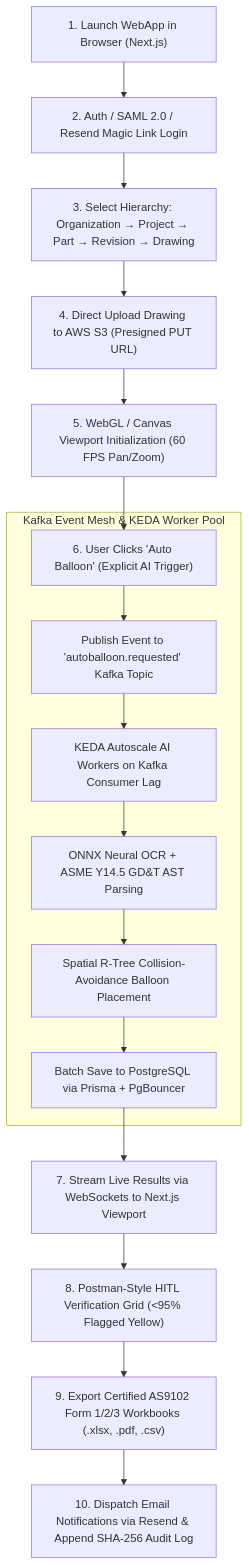
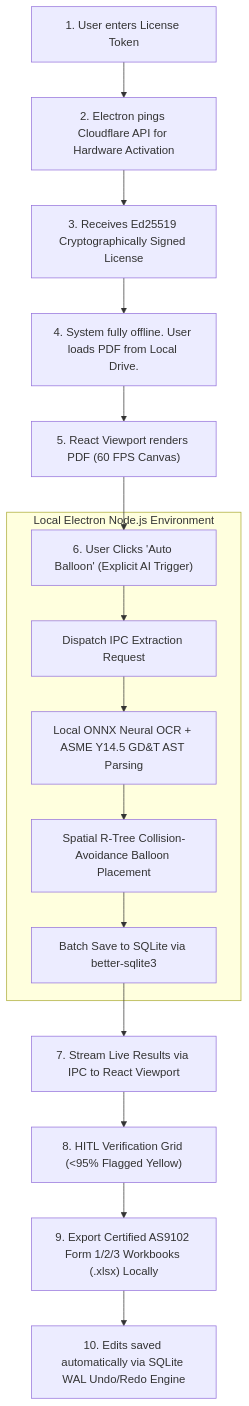
Before and after one commit to LoonistApp/Loonist: the third of 3 diagrams in README.md, drawn with Mermaid. The commit also changed other lines of this file, not shown here.

Commit message:
docs: update README for LOONIST Desktop architecture

````diff
--- a/README.md
+++ b/README.md
@@ -94,21 +94,20 @@
 ```mermaid
 flowchart TD
-    A["1. Launch WebApp in Browser (Next.js)"] --> B["2. Auth / SAML 2.0 / Resend Magic Link Login"]
-    B --> C["3. Select Hierarchy: Organization → Project → Part → Revision → Drawing"]
-    C --> D["4. Direct Upload Drawing to AWS S3 (Presigned PUT URL)"]
-    D --> E["5. WebGL / Canvas Viewport Initialization (60 FPS Pan/Zoom)"]
+    A["1. User enters License Token"] --> B["2. Electron pings Cloudflare API for Hardware Activation"]
+    B --> C["3. Receives Ed25519 Cryptographically Signed License"]
+    C --> D["4. System fully offline. User loads PDF from Local Drive."]
+    D --> E["5. React Viewport renders PDF (60 FPS Canvas)"]
     E --> F["6. User Clicks 'Auto Balloon' (Explicit AI Trigger)"]
     
-    subgraph Async_Event_Mesh ["Kafka Event Mesh & KEDA Worker Pool"]
-        F --> F1["Publish Event to 'autoballoon.requested' Kafka Topic"]
-        F1 --> F2["KEDA Autoscale AI Workers on Kafka Consumer Lag"]
-        F2 --> F3["ONNX Neural OCR + ASME Y14.5 GD&T AST Parsing"]
-        F3 --> F4["Spatial R-Tree Collision-Avoidance Balloon Placement"]
-        F4 --> F5["Batch Save to PostgreSQL via Prisma + PgBouncer"]
+    subgraph Local_Execution ["Local Electron Node.js Environment"]
+        F --> F1["Dispatch IPC Extraction Request"]
+        F1 --> F2["Local ONNX Neural OCR + ASME Y14.5 GD&T AST Parsing"]
+        F2 --> F3["Spatial R-Tree Collision-Avoidance Balloon Placement"]
+        F3 --> F4["Batch Save to SQLite via better-sqlite3"]
     end
     
-    F5 --> G["7. Stream Live Results via WebSockets to Next.js Viewport"]
-    G --> H["8. Postman-Style HITL Verification Grid (<95% Flagged Yellow)"]
-    H --> I["9. Export Certified AS9102 Form 1/2/3 Workbooks (.xlsx, .pdf, .csv)"]
-    I --> J["10. Dispatch Email Notifications via Resend & Append SHA-256 Audit Log"]
+    F4 --> G["7. Stream Live Results via IPC to React Viewport"]
+    G --> H["8. HITL Verification Grid (<95% Flagged Yellow)"]
+    H --> I["9. Export Certified AS9102 Form 1/2/3 Workbooks (.xlsx) Locally"]
+    I --> J["10. Edits saved automatically via SQLite WAL Undo/Redo Engine"]
 ```
````
